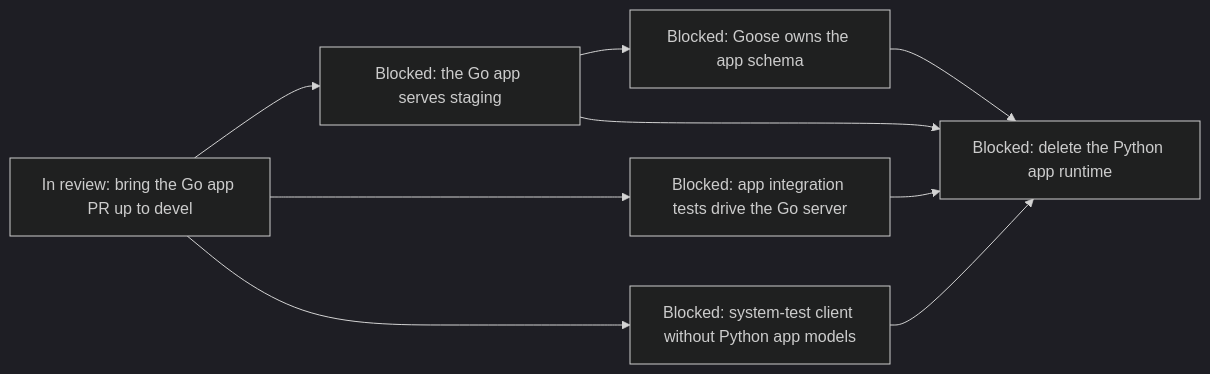
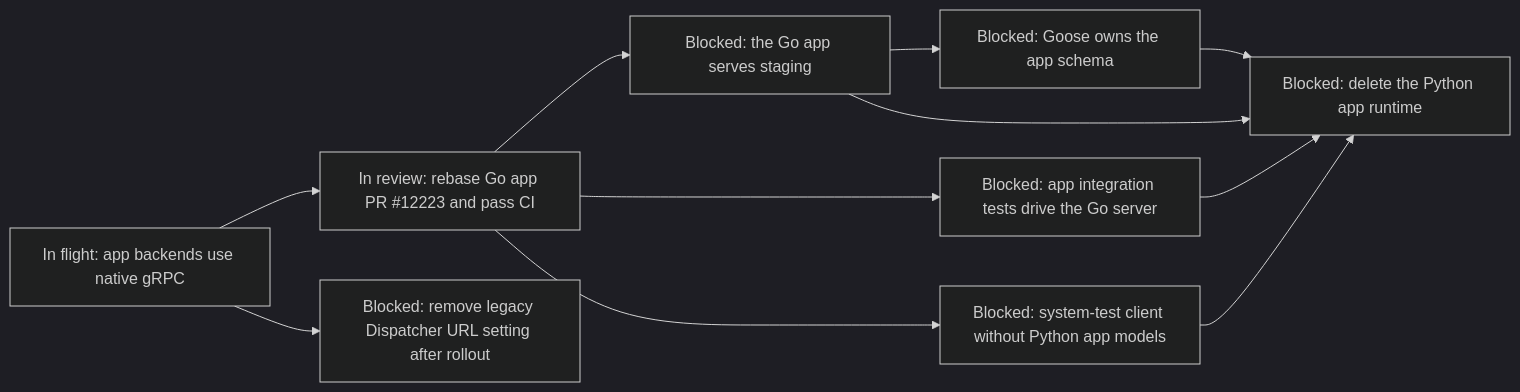
One commit to agentydragon-agent/ducktape changed diagram 19 of 20 in agentplane/plans/task_dag.md. Above: the diagram before and after it, drawn with Mermaid (dark theme). The commit also changed other lines of this file and 52 other files, not shown here.

Commit message:
Define RPC boundary policy and call app backends over gRPC

````diff
--- a/agentplane/plans/task_dag.md
+++ b/agentplane/plans/task_dag.md
@@ -1900,11 +1899,13 @@
 ```mermaid
 flowchart LR
-    APP_GO_PORT_CATCHUP[In review: bring the Go app PR up to devel] --> APP_GO_CUTOVER[Blocked: the Go app serves staging]
+    APP_HTTP_GRPC_BOUNDARY[In flight: app backends use native gRPC] --> APP_GO_PORT_CATCHUP[In review: rebase Go app PR #12223 and pass CI]
+    APP_HTTP_GRPC_BOUNDARY --> APP_DISPATCHER_HTTP_SETTING_CLEANUP[Blocked: remove legacy Dispatcher URL setting after rollout]
+    APP_GO_PORT_CATCHUP[In review: rebase Go app PR #12223 and pass CI] --> APP_GO_CUTOVER[Blocked: the Go app serves staging]
     APP_GO_PORT_CATCHUP --> APP_GO_TEST_RETARGET[Blocked: app integration tests drive the Go server]
     APP_GO_PORT_CATCHUP --> APP_SYSTEM_TEST_CLIENT[Blocked: system-test client without Python app models]
     APP_GO_CUTOVER --> APP_GOOSE_MIGRATIONS[Blocked: Goose owns the app schema]
     APP_GO_CUTOVER --> APP_PYTHON_RETIRE[Blocked: delete the Python app runtime]
     APP_GO_TEST_RETARGET --> APP_PYTHON_RETIRE
     APP_SYSTEM_TEST_CLIENT --> APP_PYTHON_RETIRE
     APP_GOOSE_MIGRATIONS --> APP_PYTHON_RETIRE
 ```
````
